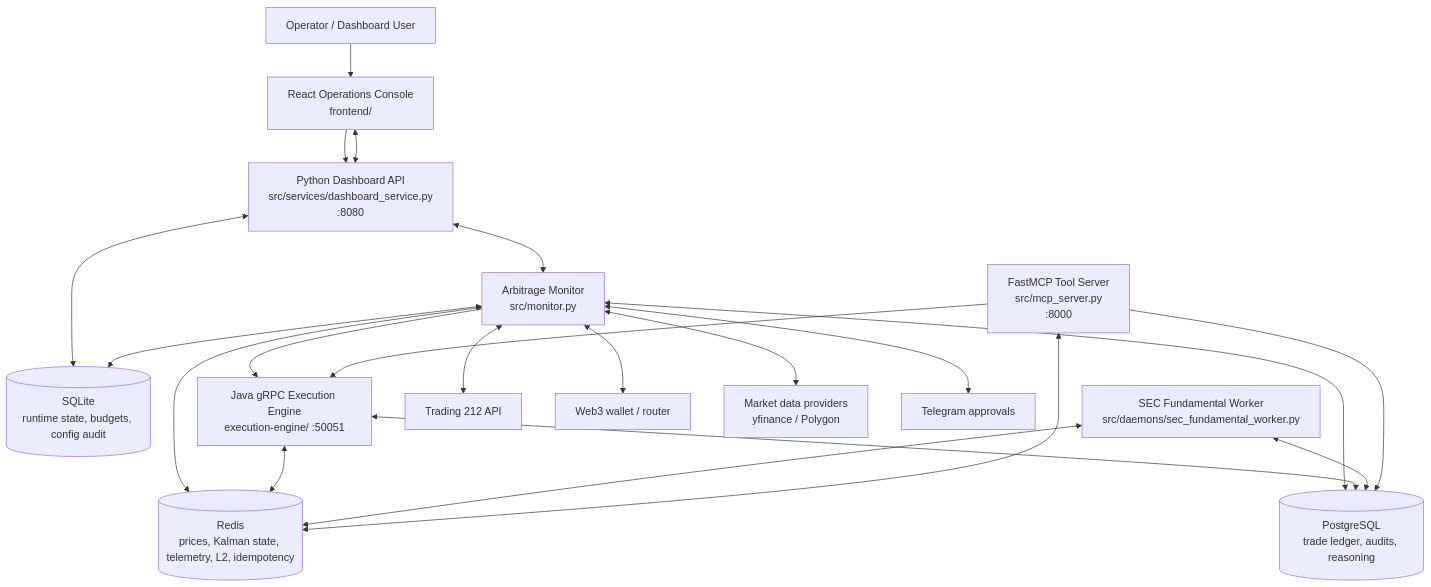
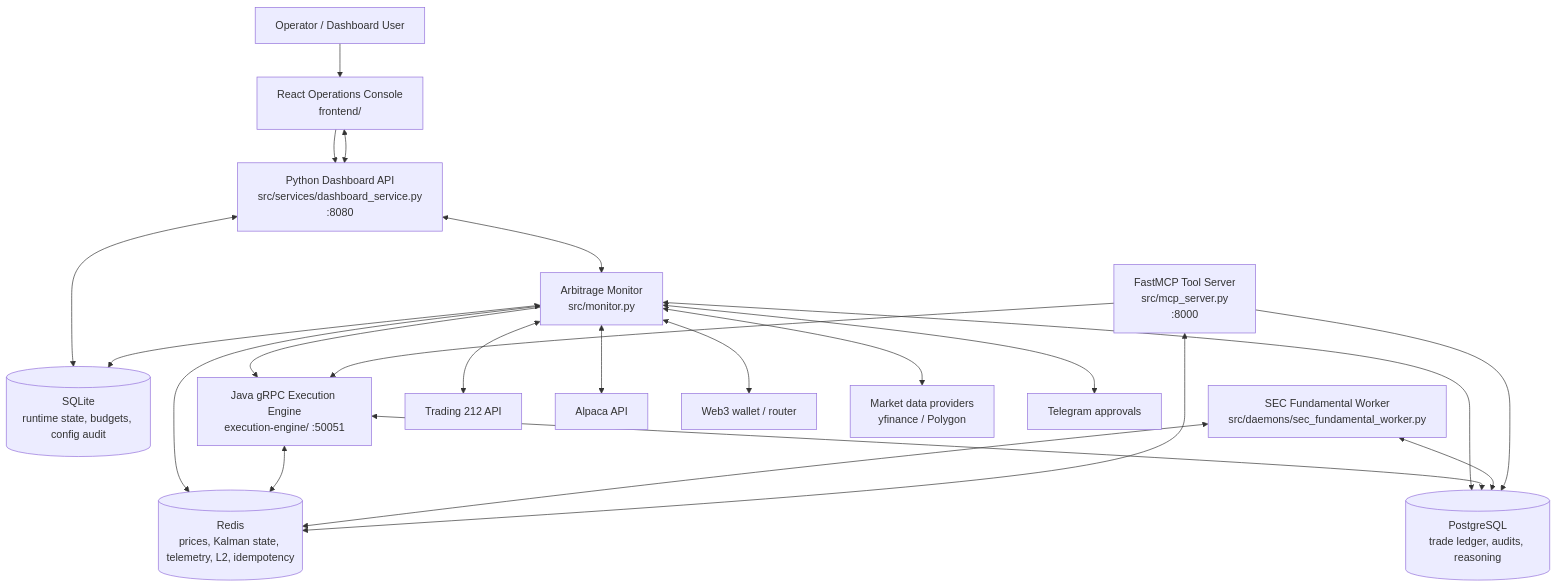
Before and after one commit to Daniel730/bot-trading: the diagram in docs/ARCHITECTURE.md, drawn with Mermaid. The commit also changed other lines of this file and 11 other files, not shown here.

````diff
--- a/docs/ARCHITECTURE.md
+++ b/docs/ARCHITECTURE.md
@@ -7,38 +7,40 @@
 ```mermaid
 flowchart TD
     Operator["Operator / Dashboard User"]
     Frontend["React Operations Console\nfrontend/"]
     Dashboard["Python Dashboard API\nsrc/services/dashboard_service.py\n:8080"]
     Monitor["Arbitrage Monitor\nsrc/monitor.py"]
     MCP["FastMCP Tool Server\nsrc/mcp_server.py\n:8000"]
     Redis[("Redis\nprices, Kalman state, telemetry, L2, idempotency")]
     Postgres[("PostgreSQL\ntrade ledger, audits, reasoning")]
     SQLite[("SQLite\nruntime state, budgets, config audit")]
     Java["Java gRPC Execution Engine\nexecution-engine/ :50051"]
     SEC["SEC Fundamental Worker\nsrc/daemons/sec_fundamental_worker.py"]
     T212["Trading 212 API"]
+    Alpaca["Alpaca API"]
     Web3["Web3 wallet / router"]
     Data["Market data providers\nyfinance / Polygon"]
     Telegram["Telegram approvals"]
 
     Operator --> Frontend
     Frontend --> Dashboard
     Frontend <--> Dashboard
     Dashboard <--> Monitor
     Dashboard <--> SQLite
     Monitor <--> Redis
     Monitor <--> Postgres
     Monitor <--> SQLite
     Monitor --> Java
     Java <--> Redis
     Java <--> Postgres
     SEC <--> Redis
     SEC <--> Postgres
     Monitor <--> Data
     Monitor <--> T212
+    Monitor <--> Alpaca
     Monitor <--> Web3
     Monitor <--> Telegram
     MCP <--> Redis
     MCP --> Java
     MCP --> Postgres
 ```
````
